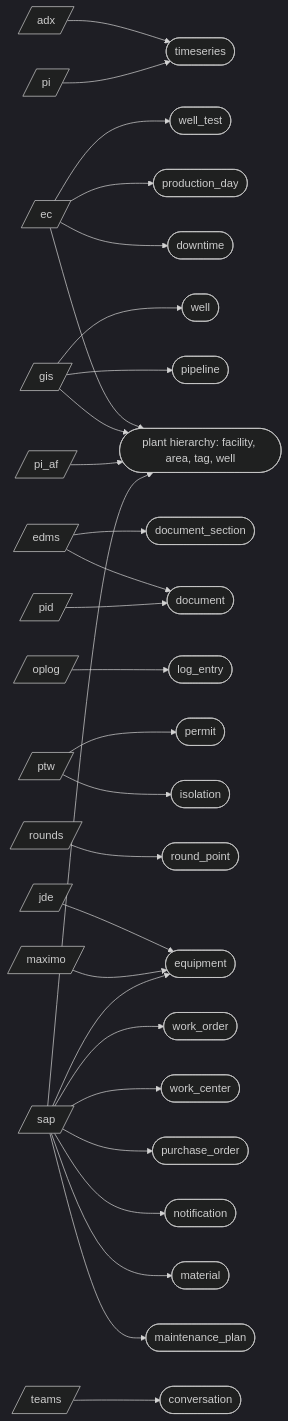
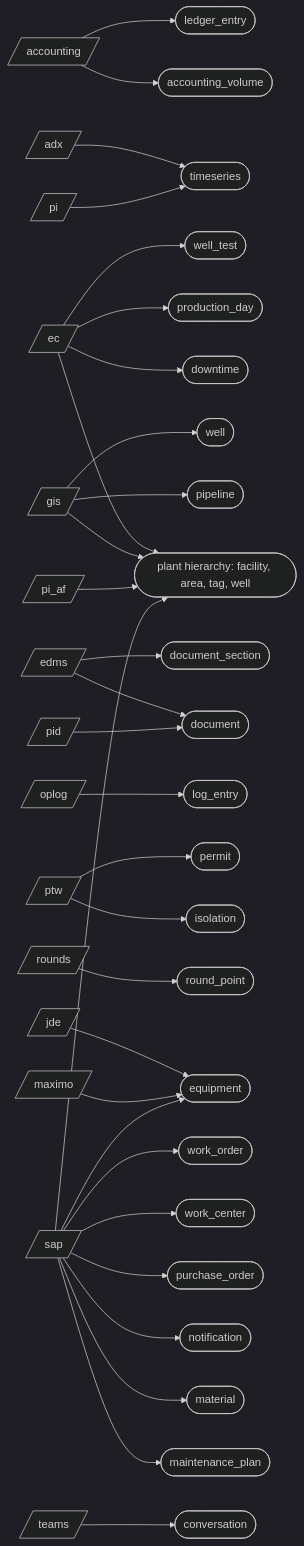
The second of 3 diagrams in docs/architecture.md (areed145/fuzer), drawn with Mermaid (dark theme) before and after one commit. The commit also changed other lines of this file and 19 other files, not shown here.

````diff
--- a/docs/architecture.md
+++ b/docs/architecture.md
@@ -79,66 +79,71 @@
 ```mermaid
 flowchart LR
+  src_accounting[/"accounting"/]
   src_adx[/"adx"/]
   src_ec[/"ec"/]
   src_edms[/"edms"/]
   src_gis[/"gis"/]
   src_jde[/"jde"/]
   src_maximo[/"maximo"/]
   src_oplog[/"oplog"/]
   src_pi[/"pi"/]
   src_pi_af[/"pi_af"/]
   src_pid[/"pid"/]
   src_ptw[/"ptw"/]
   src_rounds[/"rounds"/]
   src_sap[/"sap"/]
   src_teams[/"teams"/]
+  kind_accounting_volume(["accounting_volume"])
   kind_conversation(["conversation"])
   kind_document(["document"])
   kind_document_section(["document_section"])
   kind_downtime(["downtime"])
   kind_equipment(["equipment"])
   kind_isolation(["isolation"])
+  kind_ledger_entry(["ledger_entry"])
   kind_log_entry(["log_entry"])
   kind_maintenance_plan(["maintenance_plan"])
   kind_material(["material"])
   kind_notification(["notification"])
   kind_permit(["permit"])
   kind_pipeline(["pipeline"])
   kind_plant_hierarchy__facility__area__tag__well(["plant hierarchy: facility, area, tag, well"])
   kind_production_day(["production_day"])
   kind_purchase_order(["purchase_order"])
   kind_round_point(["round_point"])
   kind_timeseries(["timeseries"])
   kind_well(["well"])
   kind_well_test(["well_test"])
   kind_work_center(["work_center"])
   kind_work_order(["work_order"])
+  src_accounting --> kind_accounting_volume
+  src_accounting --> kind_ledger_entry
   src_adx --> kind_timeseries
   src_ec --> kind_downtime
   src_ec --> kind_plant_hierarchy__facility__area__tag__well
   src_ec --> kind_production_day
   src_ec --> kind_well_test
   src_edms --> kind_document
   src_edms --> kind_document_section
   src_gis --> kind_pipeline
   src_gis --> kind_plant_hierarchy__facility__area__tag__well
   src_gis --> kind_well
   src_jde --> kind_equipment
   src_maximo --> kind_equipment
   src_oplog --> kind_log_entry
   src_pi --> kind_timeseries
   src_pi_af --> kind_plant_hierarchy__facility__area__tag__well
   src_pid --> kind_document
   src_ptw --> kind_isolation
   src_ptw --> kind_permit
   src_rounds --> kind_round_point
   src_sap --> kind_equipment
   src_sap --> kind_maintenance_plan
   src_sap --> kind_material
   src_sap --> kind_notification
   src_sap --> kind_plant_hierarchy__facility__area__tag__well
   src_sap --> kind_purchase_order
   src_sap --> kind_work_center
   src_sap --> kind_work_order
   src_teams --> kind_conversation
 ```
````
